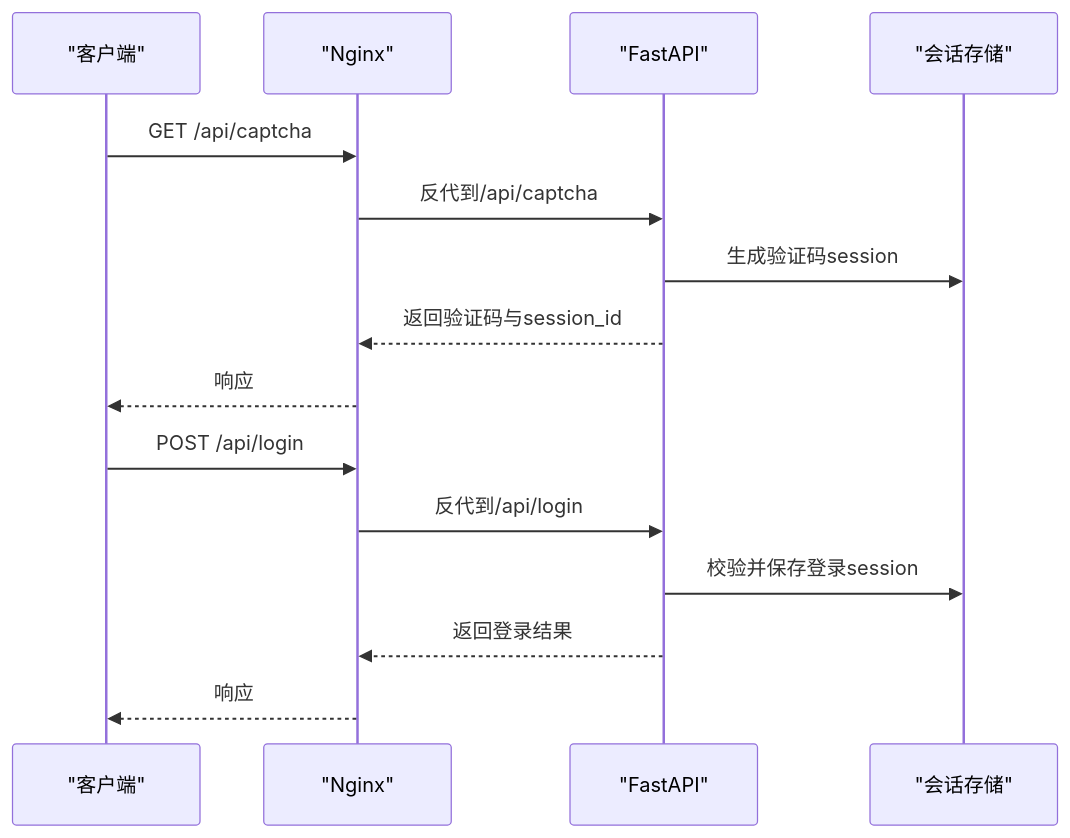
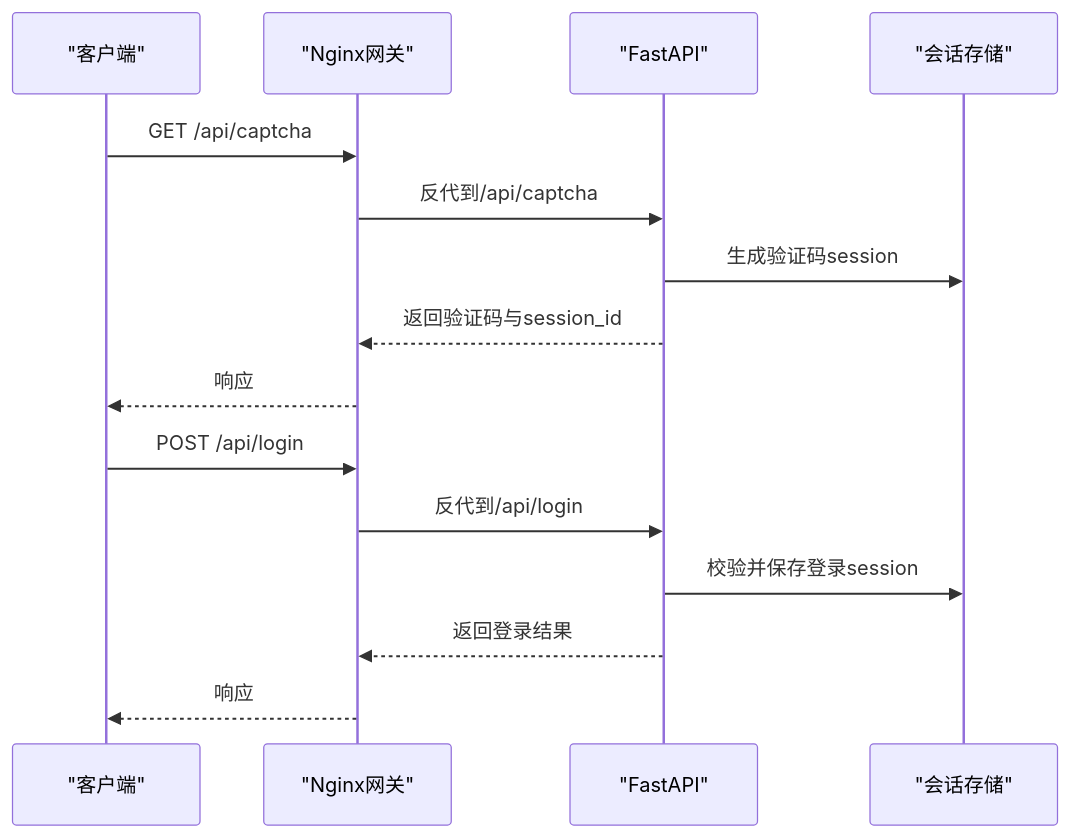
Before and after one commit to ghbbn053-ship-itsoulddog/soulddog: the third of 7 diagrams in .qoder/repowiki/zh/content/部署与运维/部署与运维.md, drawn with Mermaid. The commit also changed other lines of this file and 119 other files, not shown here.

````diff
--- a/.qoder/repowiki/zh/content/部署与运维/部署与运维.md
+++ b/.qoder/repowiki/zh/content/部署与运维/部署与运维.md
@@ -124,17 +138,17 @@
 ```mermaid
 sequenceDiagram
 participant C as "客户端"
-participant N as "Nginx"
+participant G as "Nginx网关"
 participant F as "FastAPI"
 participant S as "会话存储"
-C->>N : GET /api/captcha
-N->>F : 反代到/api/captcha
+C->>G : GET /api/captcha
+G->>F : 反代到/api/captcha
 F->>S : 生成验证码session
-F-->>N : 返回验证码与session_id
-N-->>C : 响应
-C->>N : POST /api/login
-N->>F : 反代到/api/login
+F-->>G : 返回验证码与session_id
+G-->>C : 响应
+C->>G : POST /api/login
+G->>F : 反代到/api/login
 F->>S : 校验并保存登录session
-F-->>N : 返回登录结果
-N-->>C : 响应
+F-->>G : 返回登录结果
+G-->>C : 响应
 ```
````
